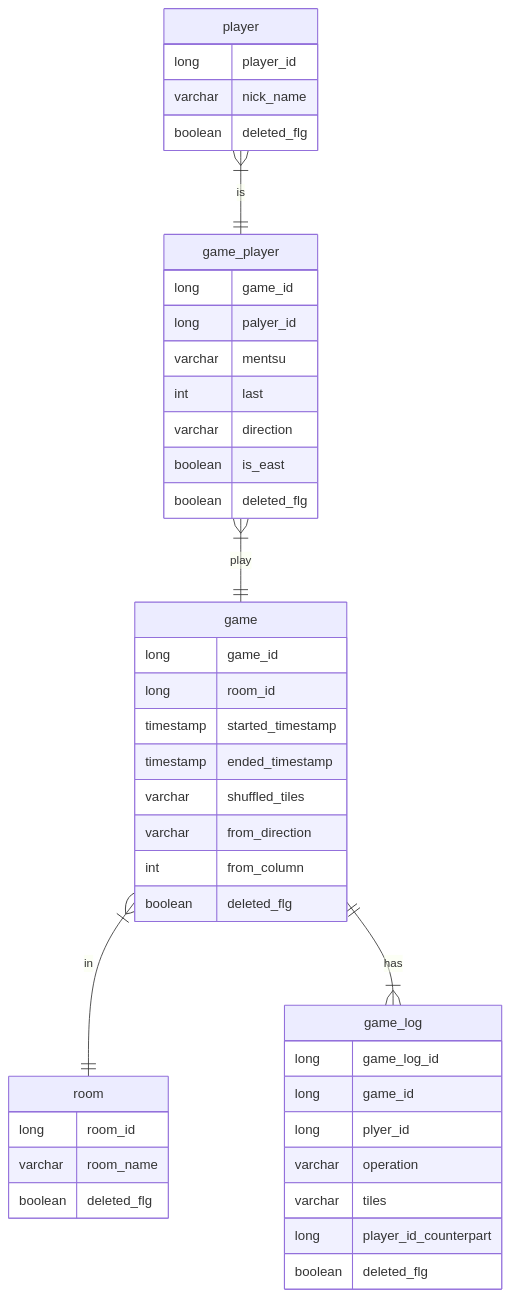
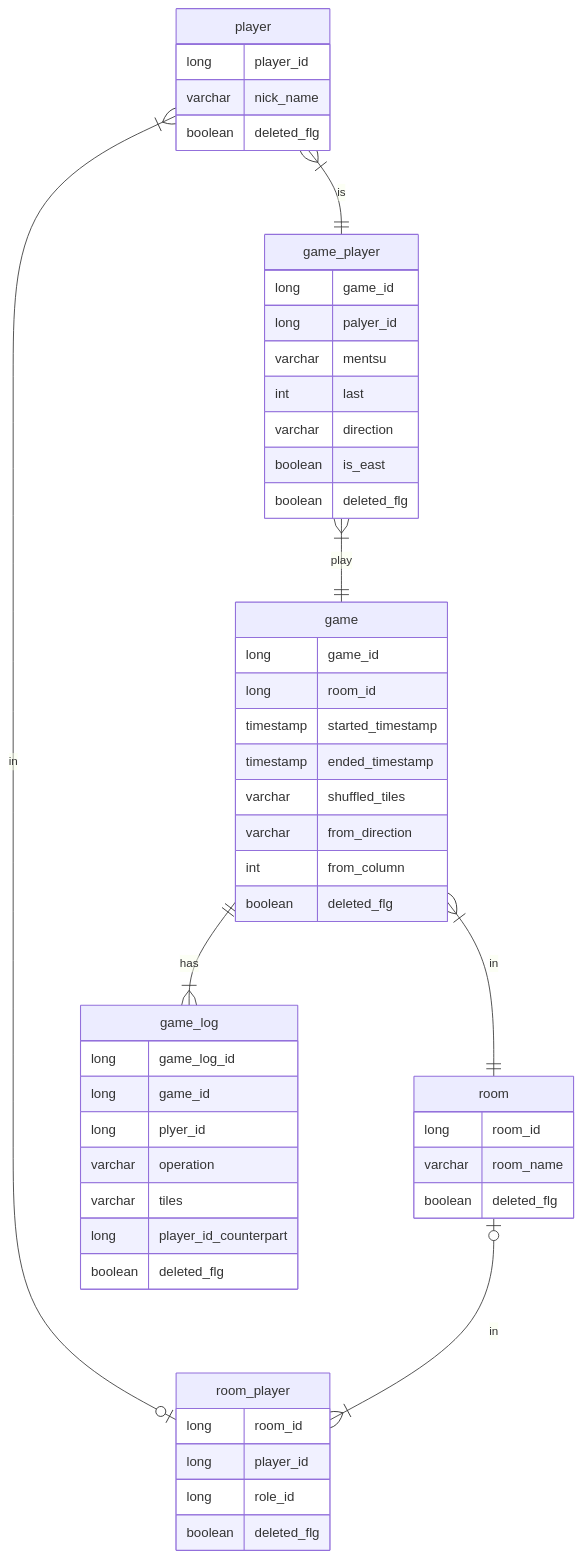
The diagram in mahjong/docs/er.md (javastudyaccount/java), drawn with Mermaid before and after one commit. The commit also changed 12 other files, not shown here.

````diff
--- a/mahjong/docs/er.md
+++ b/mahjong/docs/er.md
@@ -2,51 +2,59 @@
 ```mermaid
 erDiagram
 room{
     long room_id
     varchar room_name 
     boolean deleted_flg
 }
 
 player{
     long player_id
     varchar nick_name 
     boolean deleted_flg
 }
 
 game{
    long game_id
    long room_id
    timestamp started_timestamp
    timestamp ended_timestamp
    varchar shuffled_tiles
    varchar from_direction
    int from_column
    boolean deleted_flg
 }
 
 game_player{
    long game_id
    long palyer_id
    varchar mentsu
    int last
    varchar direction
    boolean is_east
    boolean deleted_flg
 }
 
 game_log{
    long game_log_id
    long game_id
    long plyer_id
    varchar operation
    varchar tiles
    long player_id_counterpart
    boolean deleted_flg
 }
 
+room_player{
+   long room_id 
+   long player_id
+   long role_id
+   boolean deleted_flg
+}
+player }|--o| room_player: in room
+room |o--|{ room_player: in room 
 game }|--|| room :in
 player }|--|| game_player : is
 game_player }|--|| game: play
 game ||--|{ game_log :has
 
 ```
````
